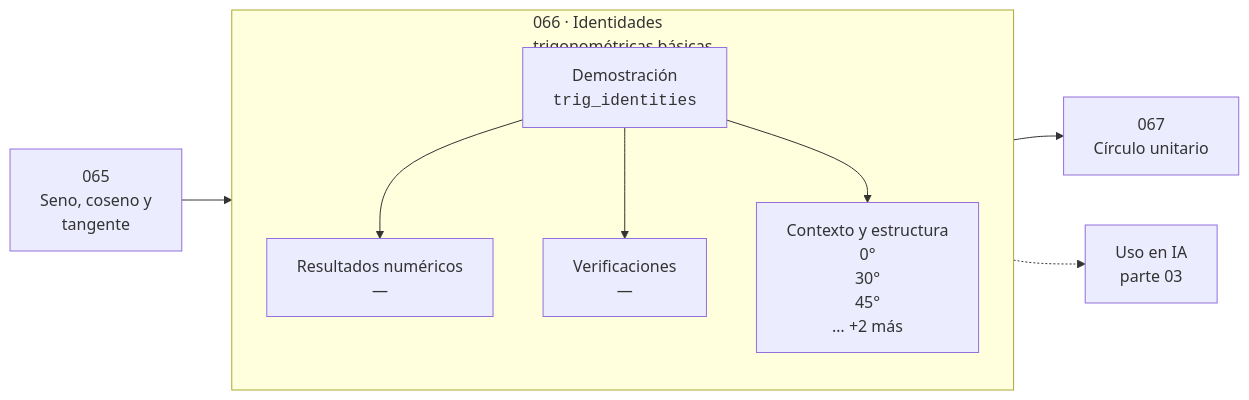
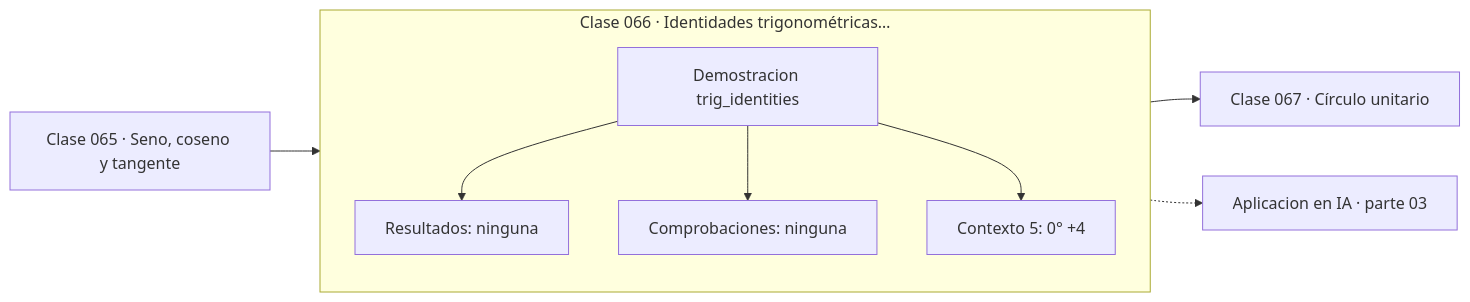
Before and after one commit to vladimiracunadev-create/computational-mathematics-program: the diagram in classes/part-03-geometria-trigonometria-y-geometria-analitica/066-identidades-trigonometricas-basicas/README.md, drawn with Mermaid. The commit also changed 389 other files, not shown here.

First line of the commit message:
fix(diagramas): elimina el HTML de las etiquetas Mermaid

````diff
--- a/classes/part-03-geometria-trigonometria-y-geometria-analitica/066-identidades-trigonometricas-basicas/README.md
+++ b/classes/part-03-geometria-trigonometria-y-geometria-analitica/066-identidades-trigonometricas-basicas/README.md
@@ -36,12 +36,13 @@
 ```mermaid
 flowchart LR
-    P["065<br/>Seno, coseno y<br/>tangente"] --> C
-    subgraph C["066 · Identidades<br/>trigonométricas básicas"]
+    P["Clase 065 · Seno, coseno y tangente"] --> D
+    subgraph CLASE["Clase 066 · Identidades trigonométricas…"]
         direction TB
-        D["Demostración<br/><code>trig_identities</code>"] --> R["Resultados numéricos<br/>—"]
-        D --> V["Verificaciones<br/>—"]
-        D --> O["Contexto y estructura<br/>0°<br/>30°<br/>45°<br/>… +2 más"]
+        D["Demostracion trig_identities"]
+        D --> R["Resultados: ninguna"]
+        D --> V["Comprobaciones: ninguna"]
+        D --> O["Contexto 5: 0° +4"]
     end
-    C --> N["067<br/>Círculo unitario"]
-    C -.-> IA["Uso en IA<br/>parte 03"]
+    R --> N["Clase 067 · Círculo unitario"]
+    V -.-> IA["Aplicacion en IA · parte 03"]
 ```
````
